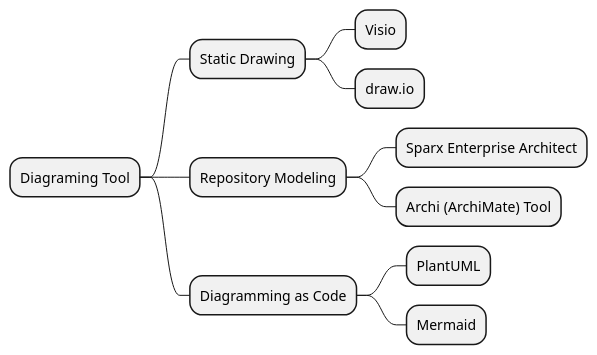
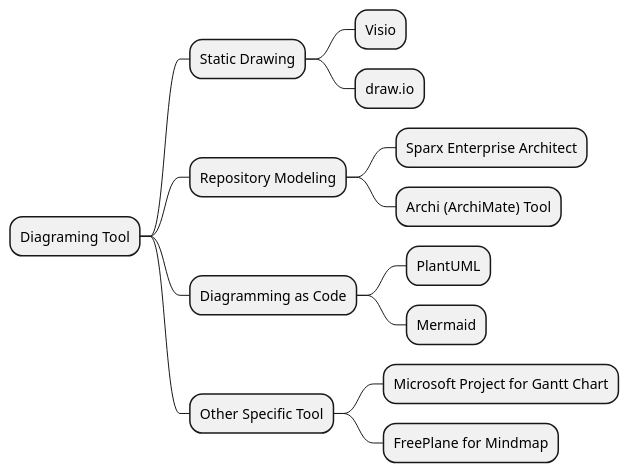
One commit to yasenstar/PlantUML_in_Action changed the diagram in Choose_Your_Proper_Diagramming_Tool.plantuml. Above: the diagram before and after it, drawn with PlantUML. The commit also changed 1 other file, not shown here.

Commit message:
update diagramming tool mindmap

```diff
--- a/Choose_Your_Proper_Diagramming_Tool.plantuml
+++ b/Choose_Your_Proper_Diagramming_Tool.plantuml
@@ -4,12 +4,15 @@
 @startmindmap
 * Diagraming Tool
 ** Static Drawing
 *** Visio
 *** draw.io
 ** Repository Modeling
 *** Sparx Enterprise Architect
 *** Archi (ArchiMate) Tool
 ** Diagramming as Code
 *** PlantUML
 *** Mermaid
+** Other Specific Tool
+*** Microsoft Project for Gantt Chart
+*** FreePlane for Mindmap
 @endmindmap
```
